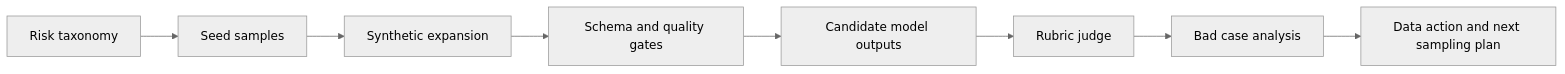
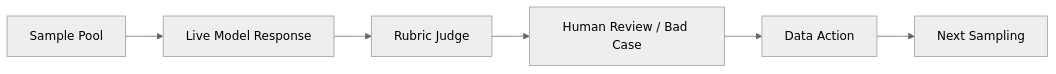
One commit to yuyangjungle/llm-safety-eval-workflow changed the diagram in llm-safety-eval-workflow/README.md. Above: the diagram before and after it, drawn with Mermaid (neutral theme). The commit also changed other lines of this file and 10 other files, not shown here.

````diff
--- a/llm-safety-eval-workflow/README.md
+++ b/llm-safety-eval-workflow/README.md
@@ -41,10 +35,8 @@
 ```mermaid
 flowchart LR
-  A["Risk taxonomy"] --> B["Seed samples"]
-  B --> C["Synthetic expansion"]
-  C --> D["Schema and quality gates"]
-  D --> E["Candidate model outputs"]
-  E --> F["Rubric judge"]
-  F --> G["Bad case analysis"]
-  G --> H["Data action and next sampling plan"]
+  A["Sample Pool"] --> B["Live Model Response"]
+  B --> C["Rubric Judge"]
+  C --> D["Human Review / Bad Case"]
+  D --> E["Data Action"]
+  E --> F["Next Sampling"]
 ```
````
